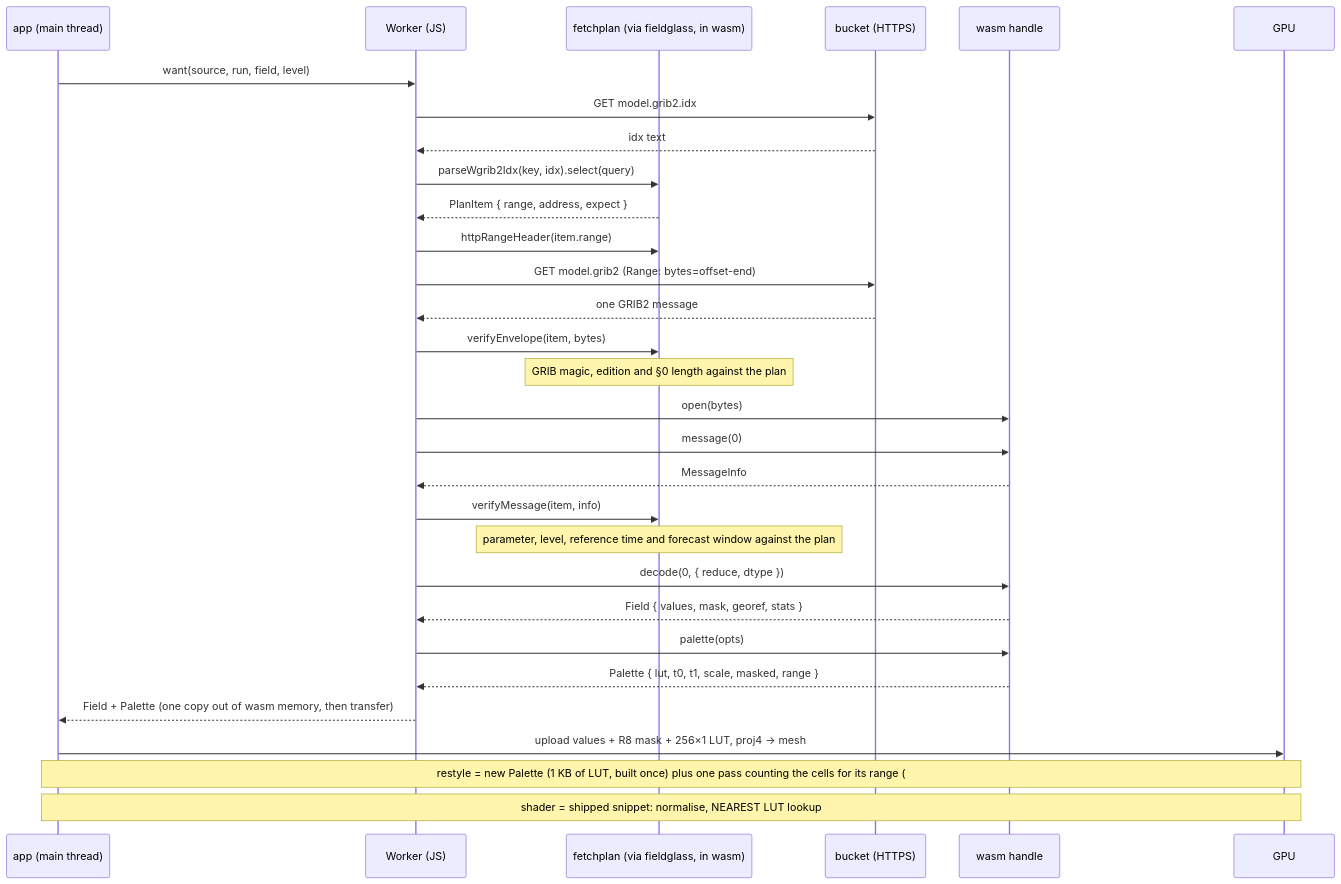
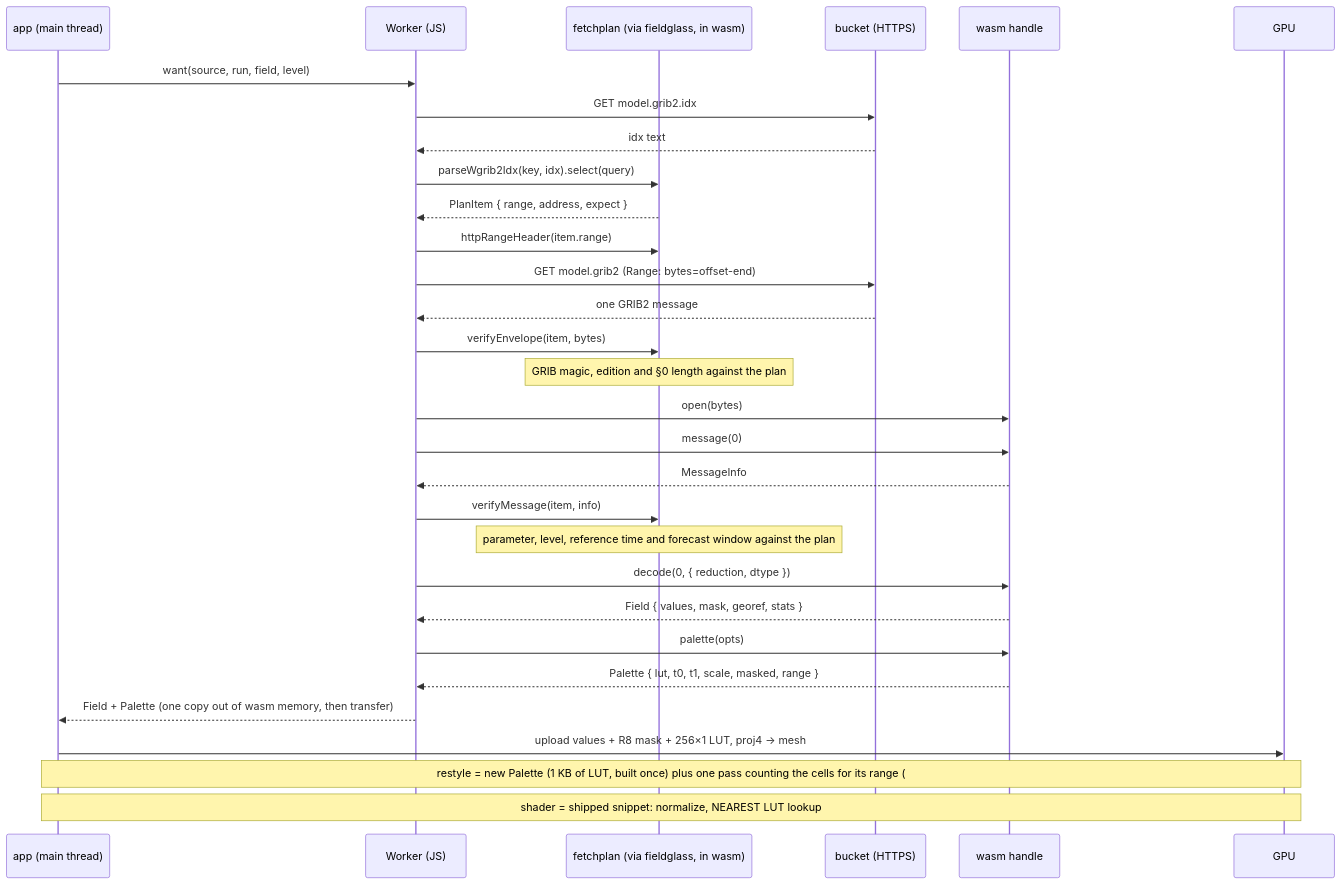
Before and after one commit to D0ubleD0uble/fieldglass: the fourth of 4 diagrams in docs/architecture/planned/04-hosts.md, drawn with Mermaid. The commit also changed other lines of this file and 384 other files, not shown here.

````diff
--- a/docs/architecture/planned/04-hosts.md
+++ b/docs/architecture/planned/04-hosts.md
@@ -142,33 +142,33 @@
 ```mermaid
 sequenceDiagram
     participant A as app (main thread)
     participant W as Worker (JS)
     participant P as fetchplan (via fieldglass, in wasm)
     participant B as bucket (HTTPS)
     participant H as wasm handle
     participant G as GPU
 
     A->>W: want(source, run, field, level)
     W->>B: GET model.grib2.idx
     B-->>W: idx text
     W->>P: parseWgrib2Idx(key, idx).select(query)
     P-->>W: PlanItem { range, address, expect }
     W->>P: httpRangeHeader(item.range)
     W->>B: GET model.grib2 (Range: bytes=offset-end)
     B-->>W: one GRIB2 message
     W->>P: verifyEnvelope(item, bytes)
     Note over P: GRIB magic, edition and §0 length against the plan
     W->>H: open(bytes)
     W->>H: message(0)
     H-->>W: MessageInfo
     W->>P: verifyMessage(item, info)
     Note over P: parameter, level, reference time and forecast window against the plan
-    W->>H: decode(0, { reduce, dtype })
+    W->>H: decode(0, { reduction, dtype })
     H-->>W: Field { values, mask, georef, stats }
     W->>H: palette(opts)
     H-->>W: Palette { lut, t0, t1, scale, masked, range }
     W-->>A: Field + Palette (one copy out of wasm memory, then transfer)
     A->>G: upload values + R8 mask + 256×1 LUT, proj4 → mesh
     Note over A,G: restyle = new Palette (1 KB of LUT, built once) plus one pass counting the cells for its range (#1156, #1196), no re-decode
-    Note over A,G: shader = shipped snippet: normalise, NEAREST LUT lookup
+    Note over A,G: shader = shipped snippet: normalize, NEAREST LUT lookup
 ```
````
